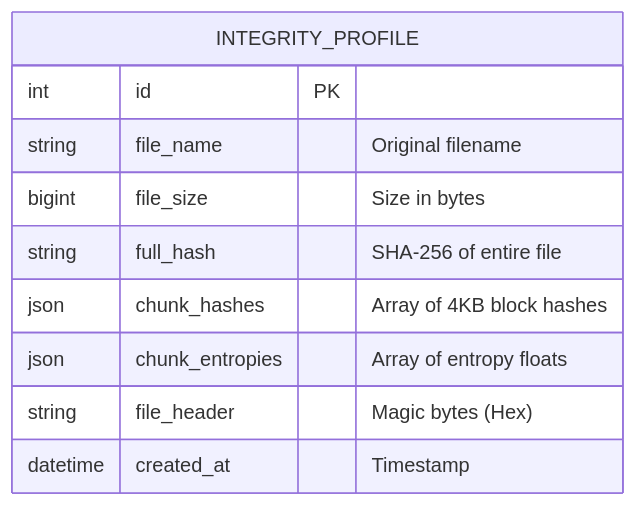
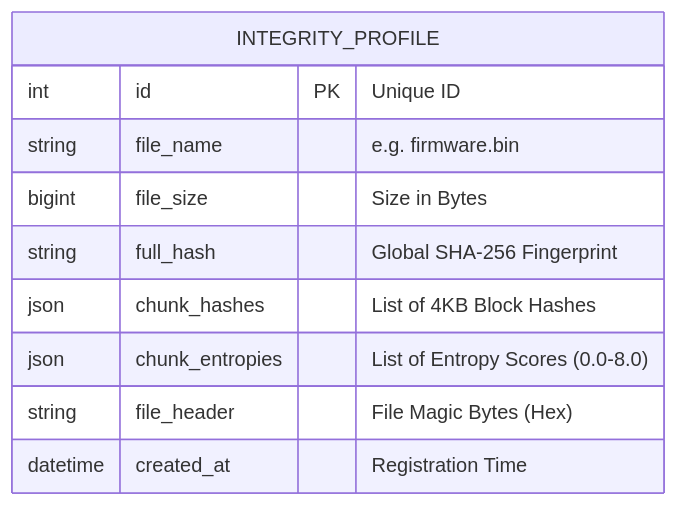
One commit to vaishnav4281/file-integrity changed the fourth of 8 diagrams in Structure.md. Above: the diagram before and after it, drawn with Mermaid. The commit also changed other lines of this file, not shown here.

````diff
--- a/Structure.md
+++ b/Structure.md
@@ -63,13 +100,13 @@
 ```mermaid
 erDiagram
     INTEGRITY_PROFILE {
-        int id PK
-        string file_name "Original filename"
-        bigint file_size "Size in bytes"
-        string full_hash "SHA-256 of entire file"
-        json chunk_hashes "Array of 4KB block hashes"
-        json chunk_entropies "Array of entropy floats"
-        string file_header "Magic bytes (Hex)"
-        datetime created_at "Timestamp"
+        int id PK "Unique ID"
+        string file_name "e.g. firmware.bin"
+        bigint file_size "Size in Bytes"
+        string full_hash "Global SHA-256 Fingerprint"
+        json chunk_hashes "List of 4KB Block Hashes"
+        json chunk_entropies "List of Entropy Scores (0.0-8.0)"
+        string file_header "File Magic Bytes (Hex)"
+        datetime created_at "Registration Time"
     }
 ```
````
